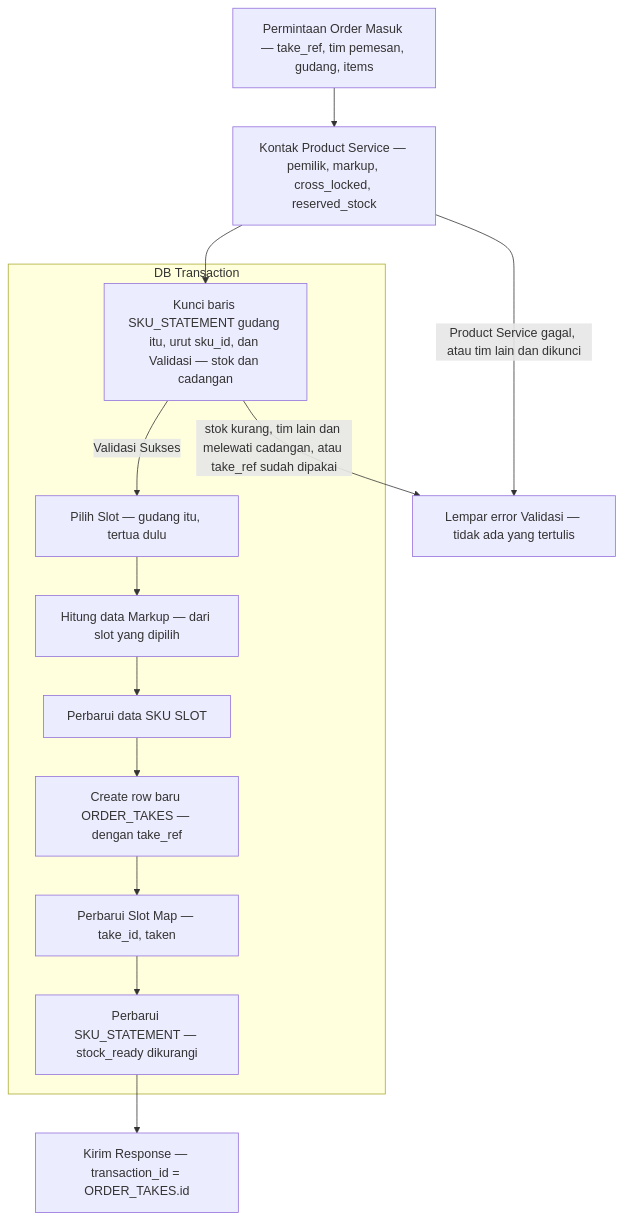
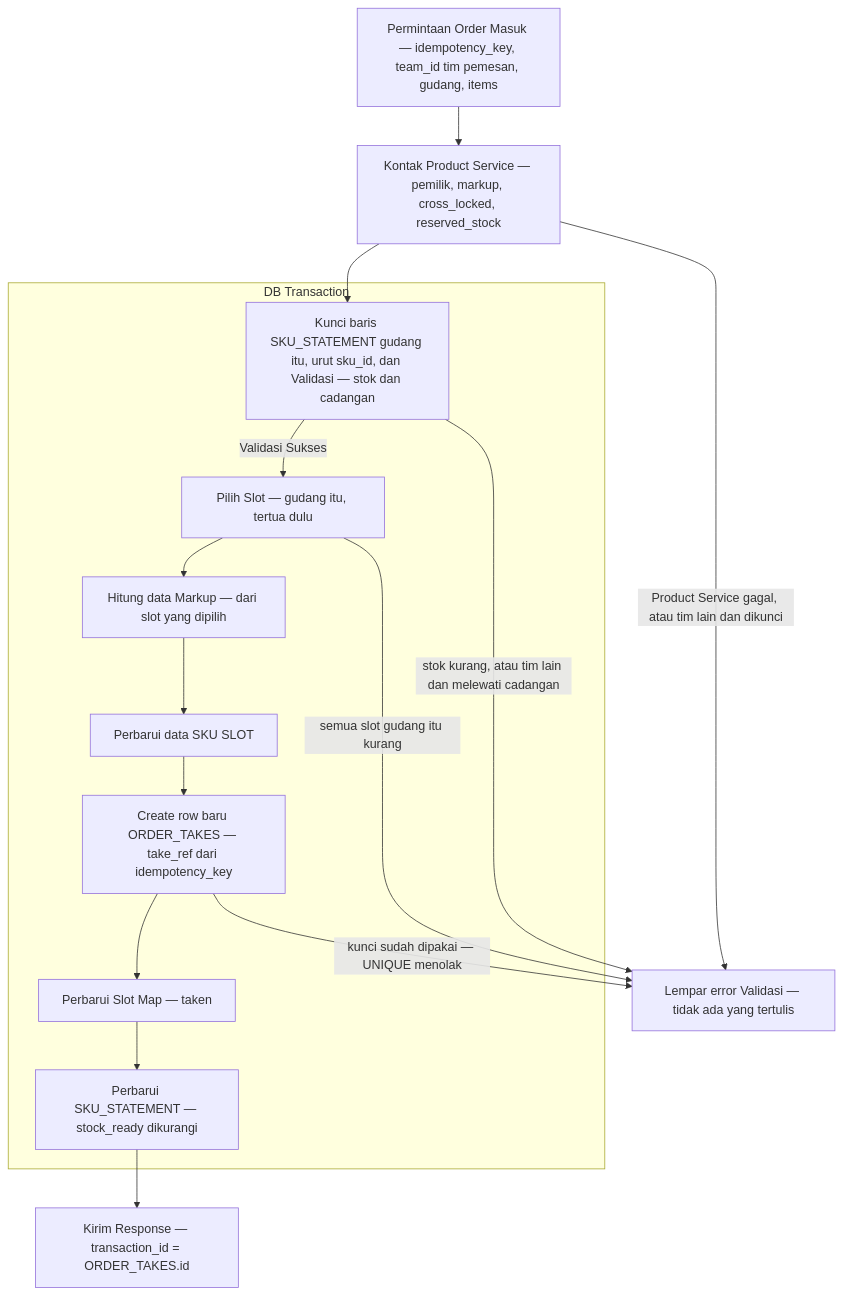
The first of 4 diagrams in docs/business/stock_thoni/order_creation_provide_clarify.md (pdcgo/warehouse_revamp), drawn with Mermaid before and after one commit. The commit also changed other lines of this file and 7 other files, not shown here.

````diff
--- a/docs/business/stock_thoni/order_creation_provide_clarify.md
+++ b/docs/business/stock_thoni/order_creation_provide_clarify.md
@@ -70,23 +160,25 @@
 ```mermaid
 flowchart TB
-    reqIn["Permintaan Order Masuk — take_ref, tim pemesan, gudang, items"]
+    reqIn["Permintaan Order Masuk — idempotency_key, team_id tim pemesan, gudang, items"]
     reqToProdService["Kontak Product Service — pemilik, markup, cross_locked, reserved_stock"]
 
     subgraph "DB Transaction"
         lockIn["Kunci baris SKU_STATEMENT gudang itu, urut sku_id, dan Validasi — stok dan cadangan"]
         choose["Pilih Slot — gudang itu, tertua dulu"]
         calculation["Hitung data Markup — dari slot yang dipilih"]
         updateSkuSlot["Perbarui data SKU SLOT"]
-        createOrder["Create row baru ORDER_TAKES — dengan take_ref"]
-        updateSlotMap["Perbarui Slot Map — take_id, taken"]
+        createOrder["Create row baru ORDER_TAKES — take_ref dari idempotency_key"]
+        updateSlotMap["Perbarui Slot Map — taken"]
         updateSkuStmt["Perbarui SKU_STATEMENT — stock_ready dikurangi"]
     end
 
     errorIn["Lempar error Validasi — tidak ada yang tertulis"]
     sendRes["Kirim Response — transaction_id = ORDER_TAKES.id"]
 
     reqIn --> reqToProdService --> lockIn
     reqToProdService -->|"Product Service gagal, atau tim lain dan dikunci"| errorIn
-    lockIn -->|"stok kurang, tim lain dan melewati cadangan, atau take_ref sudah dipakai"| errorIn
+    lockIn -->|"stok kurang, atau tim lain dan melewati cadangan"| errorIn
     lockIn -->|"Validasi Sukses"| choose --> calculation --> updateSkuSlot --> createOrder --> updateSlotMap --> updateSkuStmt --> sendRes
+    choose -->|"semua slot gudang itu kurang"| errorIn
+    createOrder -->|"kunci sudah dipakai — UNIQUE menolak"| errorIn
 ```
````
